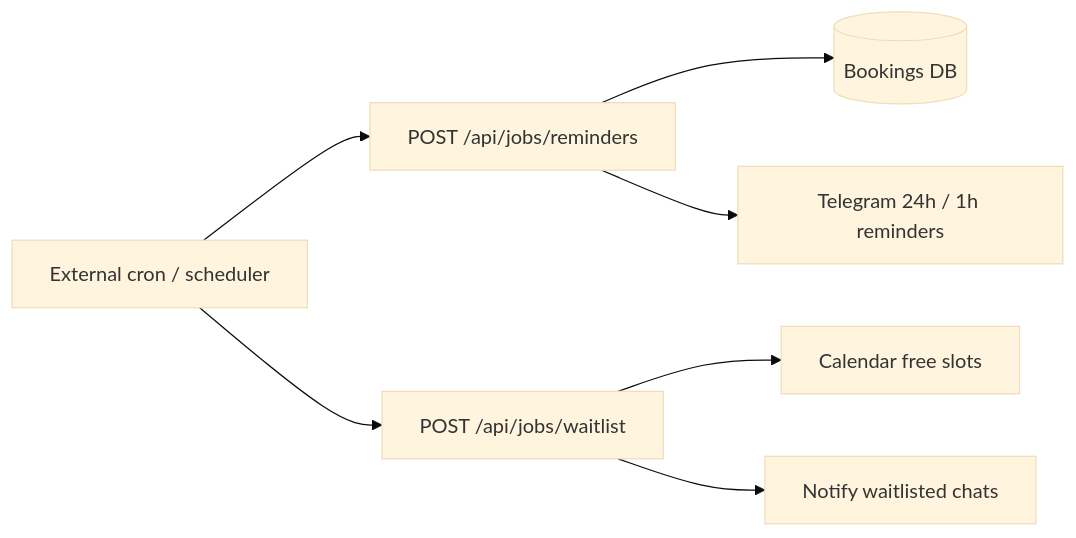
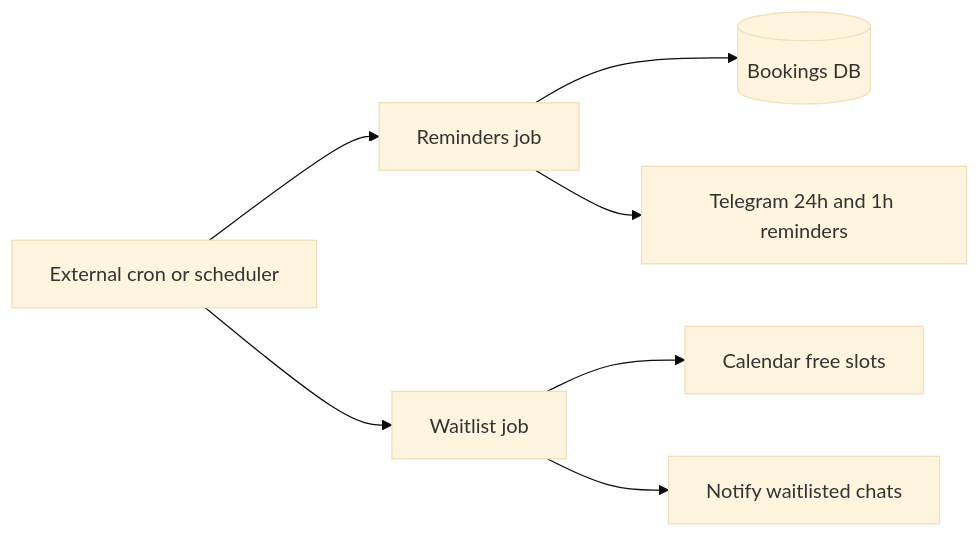
Before and after one commit to padmanabh275/BrightCare: the fourth of 4 diagrams in README.md, drawn with Mermaid (base theme). The commit also changed other lines of this file, not shown here.

Commit message:
Fix Mermaid diagrams so GitHub can render them (avoid path-like node labels).

````diff
--- a/README.md
+++ b/README.md
@@ -144,9 +144,9 @@
 ```mermaid
 flowchart LR
-  Cron[External cron / scheduler] --> R[POST /api/jobs/reminders]
-  Cron --> W[POST /api/jobs/waitlist]
+  Cron[External cron or scheduler] --> R[Reminders job]
+  Cron --> W[Waitlist job]
   R --> B[(Bookings DB)]
-  R --> T[Telegram 24h / 1h reminders]
+  R --> T[Telegram 24h and 1h reminders]
   W --> Cal[Calendar free slots]
   W --> T2[Notify waitlisted chats]
 ```
````
